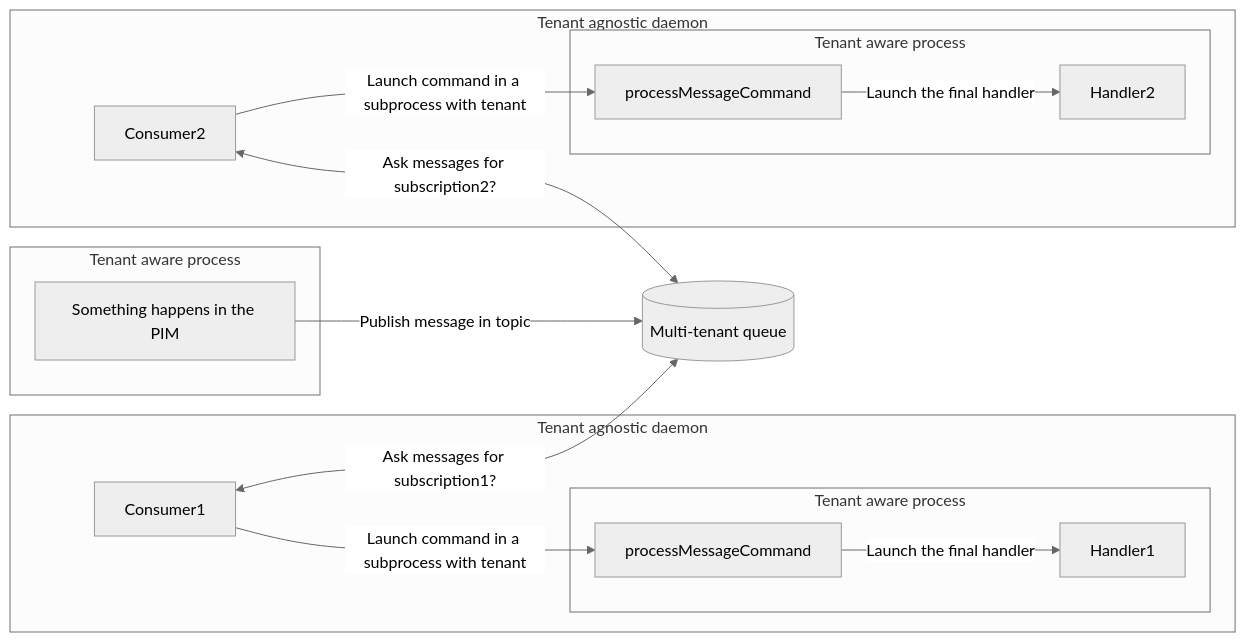
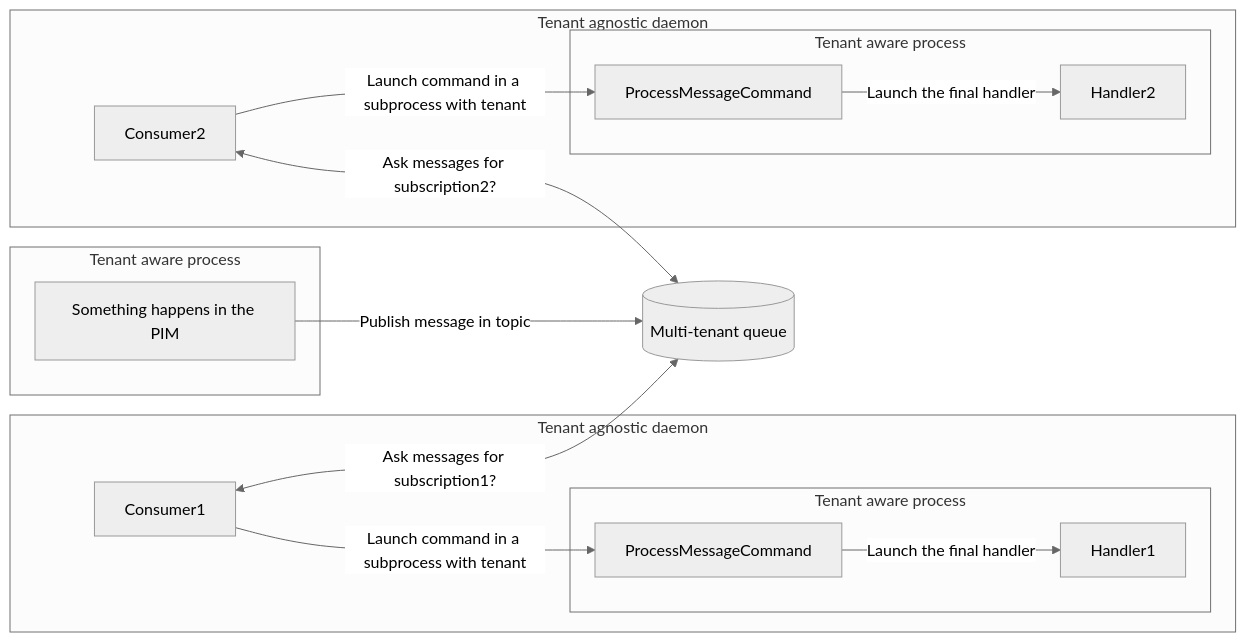
Before and after one commit to akeneo/pim-community-dev: the diagram in src/Akeneo/Tool/Bundle/MessengerBundle/README.md, drawn with Mermaid (neutral theme). The commit also changed 10 other files, not shown here.

````diff
--- a/src/Akeneo/Tool/Bundle/MessengerBundle/README.md
+++ b/src/Akeneo/Tool/Bundle/MessengerBundle/README.md
@@ -117,21 +117,21 @@
 ```mermaid
 flowchart LR
     subgraph Tenant aware process
         action[Something happens in the PIM]
     end
     action -- Publish message in topic --> queue[(Multi-tenant queue)]
     Consumer1 <-- Ask messages for subscription1? --> queue
     subgraph Tenant agnostic daemon
-        Consumer1 -- Launch command in a subprocess with tenant --> pmc1[processMessageCommand]
+        Consumer1 -- Launch command in a subprocess with tenant --> pmc1[ProcessMessageCommand]
         subgraph Tenant aware process
-            pmc1[processMessageCommand] -- Launch the final handler --> Handler1
+            pmc1 -- Launch the final handler --> Handler1
         end
     end
     Consumer2 <-- Ask messages for subscription2? --> queue
     subgraph Tenant agnostic daemon
-        Consumer2 -- Launch command in a subprocess with tenant --> pmc2[processMessageCommand]
+        Consumer2 -- Launch command in a subprocess with tenant --> pmc2[ProcessMessageCommand]
         subgraph Tenant aware process
-            pmc2[processMessageCommand] -- Launch the final handler --> Handler2
+            pmc2 -- Launch the final handler --> Handler2
         end
     end
 ```
````
